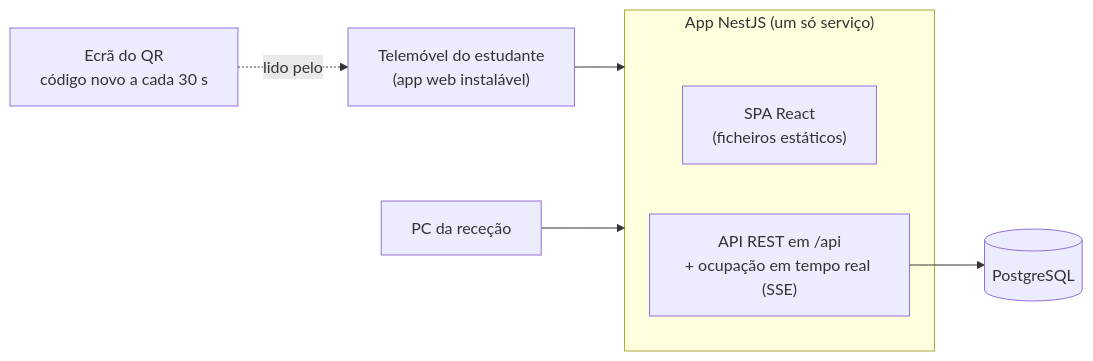
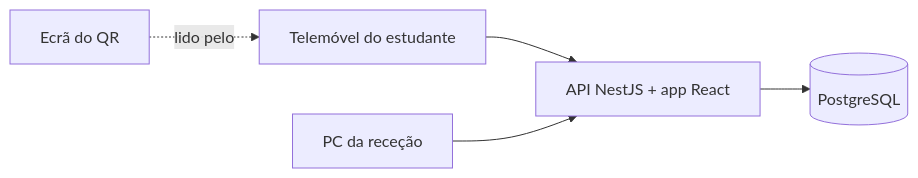
The diagram in README.pt.md (barrosw5/gym-checkin), drawn with Mermaid before and after one commit. The commit also changed other lines of this file and 1 other file, not shown here.

````diff
--- a/README.pt.md
+++ b/README.pt.md
@@ -30,16 +43,7 @@
 ```mermaid
 flowchart LR
-  phone["Telemóvel do estudante<br/>(app web instalável)"]
-  desk["PC da receção"]
-  screen["Ecrã do QR<br/>código novo a cada 30 s"]
-  subgraph server["App NestJS (um só serviço)"]
-    web["SPA React<br/>(ficheiros estáticos)"]
-    api["API REST em /api<br/>+ ocupação em tempo real (SSE)"]
-  end
-  db[("PostgreSQL")]
-
-  screen -. "lido pelo" .-> phone
-  phone --> server
-  desk --> server
-  api --> db
+  phone["Telemóvel do estudante"] --> app
+  desk["PC da receção"] --> app
+  screen["Ecrã do QR"] -. lido pelo .-> phone
+  app["API NestJS + app React"] --> db[("PostgreSQL")]
 ```
````
